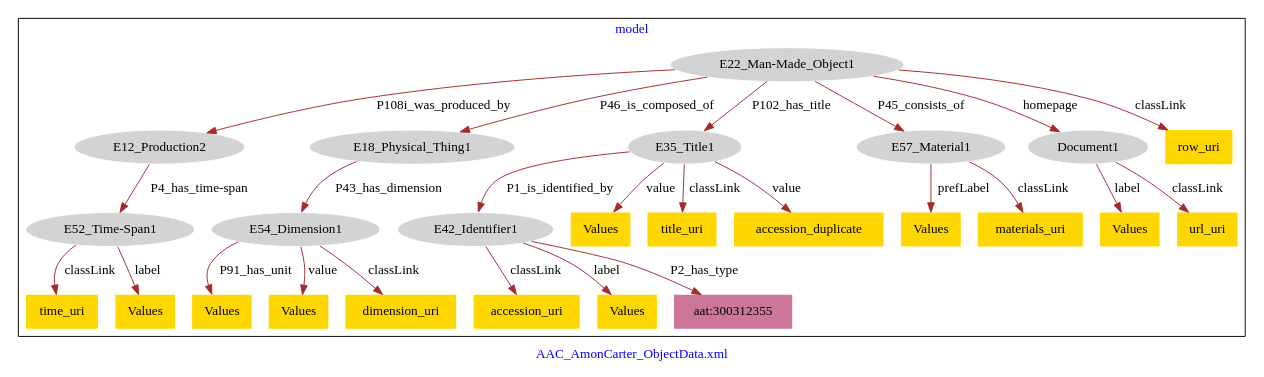
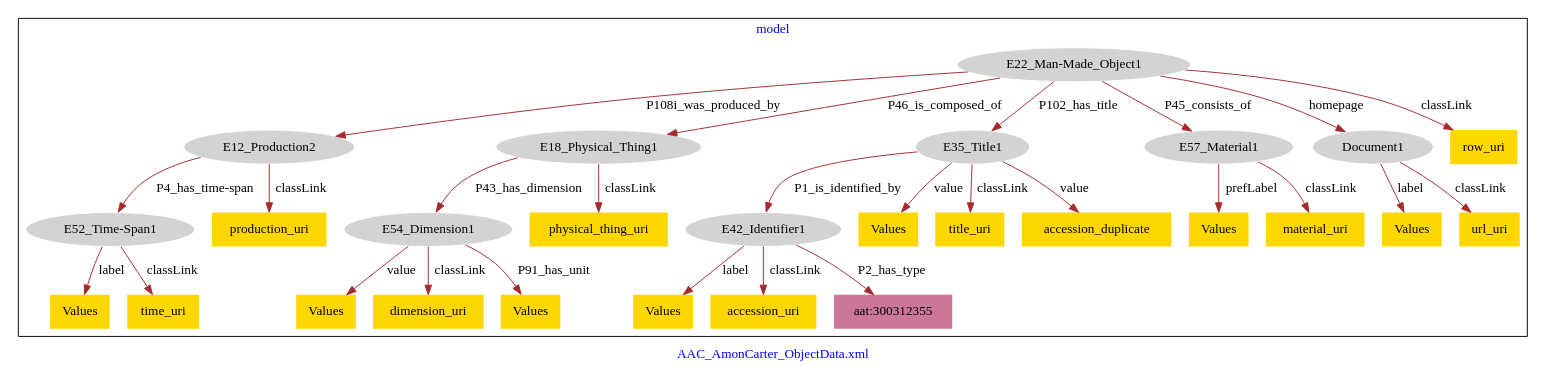
One commit to american-art/acm changed the diagram in ObjectData/acm-objects-model.dot. Above: the diagram before and after it, drawn with Graphviz.

Commit message:
Update file acm-objects-model.dot

```diff
--- a/ObjectData/acm-objects-model.dot
+++ b/ObjectData/acm-objects-model.dot
@@ -1,57 +1,61 @@
 digraph n0 {
 fontcolor="blue"
 remincross="true"
 label="AAC_AmonCarter_ObjectData.xml"
 subgraph cluster {
 label="model"
 n2[style="filled",color="white",fillcolor="lightgray",label="E12_Production2"];
 n3[style="filled",color="white",fillcolor="lightgray",label="E52_Time-Span1"];
 n4[style="filled",color="white",fillcolor="lightgray",label="E18_Physical_Thing1"];
 n5[style="filled",color="white",fillcolor="lightgray",label="E54_Dimension1"];
 n6[style="filled",color="white",fillcolor="lightgray",label="E22_Man-Made_Object1"];
 n7[style="filled",color="white",fillcolor="lightgray",label="E35_Title1"];
 n8[style="filled",color="white",fillcolor="lightgray",label="E57_Material1"];
 n9[style="filled",color="white",fillcolor="lightgray",label="Document1"];
 n10[style="filled",color="white",fillcolor="lightgray",label="E42_Identifier1"];
-n11[shape="plaintext",style="filled",fillcolor="gold",label="Values"];
-n12[shape="plaintext",style="filled",fillcolor="gold",label="accession_uri"];
+n11[shape="plaintext",style="filled",fillcolor="gold",label="row_uri"];
+n12[shape="plaintext",style="filled",fillcolor="gold",label="Values"];
 n13[shape="plaintext",style="filled",fillcolor="gold",label="Values"];
-n14[shape="plaintext",style="filled",fillcolor="gold",label="time_uri"];
-n15[shape="plaintext",style="filled",fillcolor="gold",label="title_uri"];
-n16[shape="plaintext",style="filled",fillcolor="gold",label="Values"];
+n14[shape="plaintext",style="filled",fillcolor="gold",label="dimension_uri"];
+n15[shape="plaintext",style="filled",fillcolor="gold",label="Values"];
+n16[shape="plaintext",style="filled",fillcolor="gold",label="production_uri"];
 n17[shape="plaintext",style="filled",fillcolor="gold",label="Values"];
-n18[shape="plaintext",style="filled",fillcolor="gold",label="Values"];
-n19[shape="plaintext",style="filled",fillcolor="gold",label="materials_uri"];
-n20[shape="plaintext",style="filled",fillcolor="gold",label="Values"];
-n21[shape="plaintext",style="filled",fillcolor="gold",label="Values"];
-n22[shape="plaintext",style="filled",fillcolor="gold",label="accession_duplicate"];
-n23[shape="plaintext",style="filled",fillcolor="gold",label="row_uri"];
-n24[shape="plaintext",style="filled",fillcolor="gold",label="dimension_uri"];
+n18[shape="plaintext",style="filled",fillcolor="gold",label="time_uri"];
+n19[shape="plaintext",style="filled",fillcolor="gold",label="Values"];
+n20[shape="plaintext",style="filled",fillcolor="gold",label="physical_thing_uri"];
+n21[shape="plaintext",style="filled",fillcolor="gold",label="accession_uri"];
+n22[shape="plaintext",style="filled",fillcolor="gold",label="title_uri"];
+n23[shape="plaintext",style="filled",fillcolor="gold",label="Values"];
+n24[shape="plaintext",style="filled",fillcolor="gold",label="Values"];
 n25[shape="plaintext",style="filled",fillcolor="gold",label="url_uri"];
-n26[shape="plaintext",style="filled",fillcolor="#CC7799",label="aat:300312355"];
+n26[shape="plaintext",style="filled",fillcolor="gold",label="material_uri"];
+n27[shape="plaintext",style="filled",fillcolor="gold",label="accession_duplicate"];
+n28[shape="plaintext",style="filled",fillcolor="#CC7799",label="aat:300312355"];
 }
 n2 -> n3[color="brown",fontcolor="black",label="P4_has_time-span"]
 n4 -> n5[color="brown",fontcolor="black",label="P43_has_dimension"]
 n6 -> n2[color="brown",fontcolor="black",label="P108i_was_produced_by"]
 n6 -> n4[color="brown",fontcolor="black",label="P46_is_composed_of"]
 n6 -> n7[color="brown",fontcolor="black",label="P102_has_title"]
 n6 -> n8[color="brown",fontcolor="black",label="P45_consists_of"]
 n6 -> n9[color="brown",fontcolor="black",label="homepage"]
 n7 -> n10[color="brown",fontcolor="black",label="P1_is_identified_by"]
-n9 -> n11[color="brown",fontcolor="black",label="label"]
-n10 -> n12[color="brown",fontcolor="black",label="classLink"]
-n7 -> n13[color="brown",fontcolor="black",label="value"]
-n3 -> n14[color="brown",fontcolor="black",label="classLink"]
-n7 -> n15[color="brown",fontcolor="black",label="classLink"]
-n5 -> n16[color="brown",fontcolor="black",label="P91_has_unit"]
-n8 -> n17[color="brown",fontcolor="black",label="prefLabel"]
-n5 -> n18[color="brown",fontcolor="black",label="value"]
-n8 -> n19[color="brown",fontcolor="black",label="classLink"]
-n3 -> n20[color="brown",fontcolor="black",label="label"]
-n10 -> n21[color="brown",fontcolor="black",label="label"]
-n7 -> n22[color="brown",fontcolor="black",label="value"]
-n6 -> n23[color="brown",fontcolor="black",label="classLink"]
-n5 -> n24[color="brown",fontcolor="black",label="classLink"]
+n6 -> n11[color="brown",fontcolor="black",label="classLink"]
+n5 -> n12[color="brown",fontcolor="black",label="value"]
+n9 -> n13[color="brown",fontcolor="black",label="label"]
+n5 -> n14[color="brown",fontcolor="black",label="classLink"]
+n7 -> n15[color="brown",fontcolor="black",label="value"]
+n2 -> n16[color="brown",fontcolor="black",label="classLink"]
+n3 -> n17[color="brown",fontcolor="black",label="label"]
+n3 -> n18[color="brown",fontcolor="black",label="classLink"]
+n10 -> n19[color="brown",fontcolor="black",label="label"]
+n4 -> n20[color="brown",fontcolor="black",label="classLink"]
+n10 -> n21[color="brown",fontcolor="black",label="classLink"]
+n7 -> n22[color="brown",fontcolor="black",label="classLink"]
+n8 -> n23[color="brown",fontcolor="black",label="prefLabel"]
+n5 -> n24[color="brown",fontcolor="black",label="P91_has_unit"]
 n9 -> n25[color="brown",fontcolor="black",label="classLink"]
-n10 -> n26[color="brown",fontcolor="black",label="P2_has_type"]
+n8 -> n26[color="brown",fontcolor="black",label="classLink"]
+n7 -> n27[color="brown",fontcolor="black",label="value"]
+n10 -> n28[color="brown",fontcolor="black",label="P2_has_type"]
 }
```
